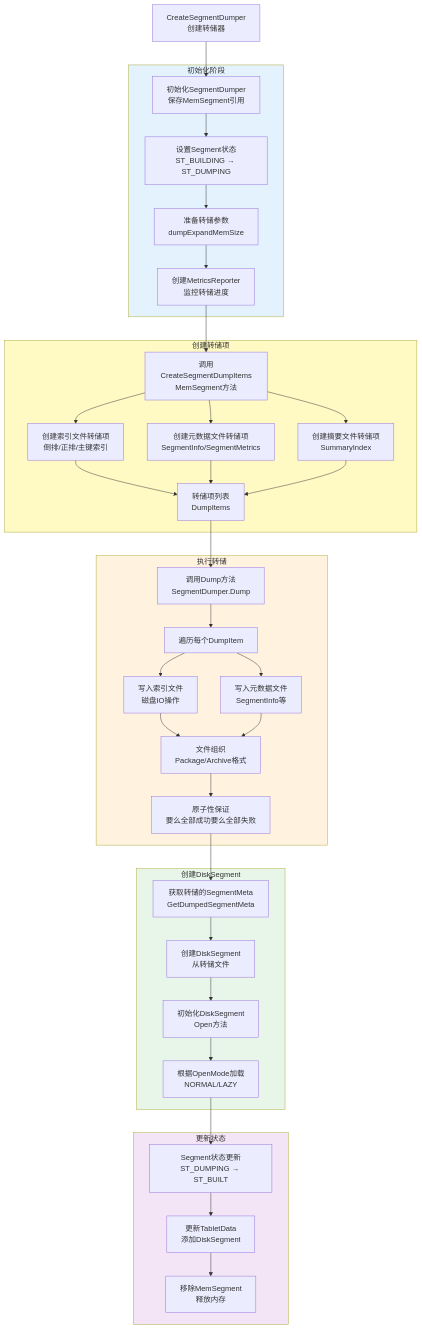
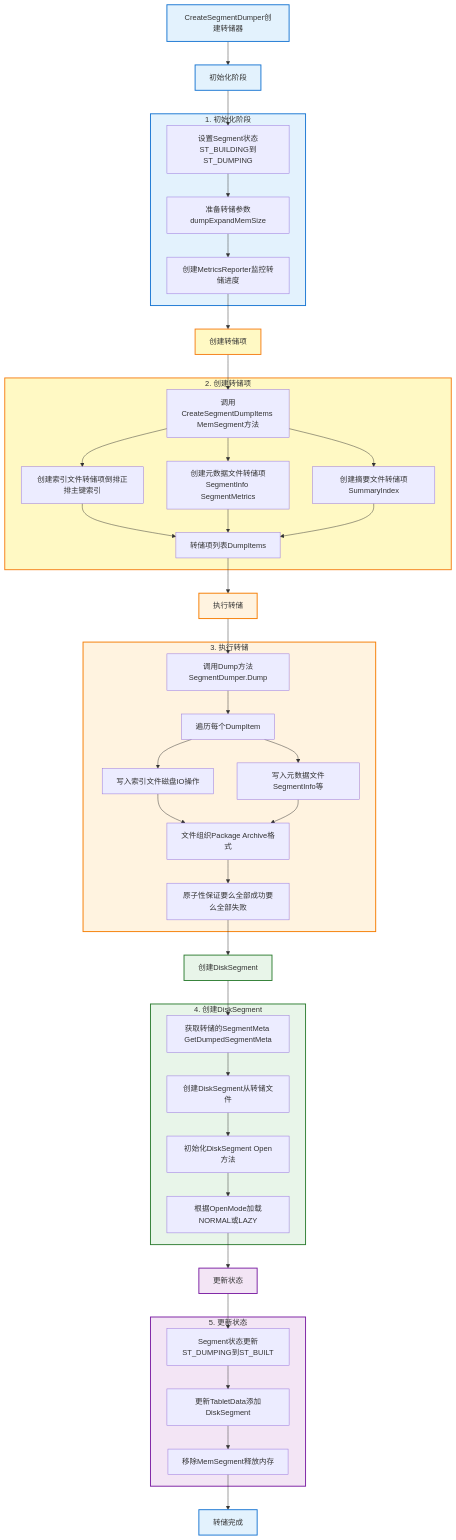
Before and after one commit to zhouzhilong-commits/zhouzhilong-commits.github.io: diagram 12 of 28 in _posts/2025-06-03-indexlib-3-build-flow.md, drawn with Mermaid. The commit also changed other lines of this file and 6 other files, not shown here.

````diff
--- a/_posts/2025-06-03-indexlib-3-build-flow.md
+++ b/_posts/2025-06-03-indexlib-3-build-flow.md
@@ -890,70 +1033,92 @@
 ```mermaid
 flowchart TD
-    A[CreateSegmentDumper<br/>创建转储器] --> B[初始化SegmentDumper<br/>保存MemSegment引用]
+    Start[CreateSegmentDumper创建转储器] --> InitStart[初始化阶段]
     
-    subgraph Init["初始化阶段"]
-        B1[设置Segment状态<br/>ST_BUILDING → ST_DUMPING]
-        B2[准备转储参数<br/>dumpExpandMemSize]
-        B3[创建MetricsReporter<br/>监控转储进度]
-        B --> B1
-        B1 --> B2
-        B2 --> B3
+    InitStart --> B1[设置Segment状态ST_BUILDING到ST_DUMPING]
+    B1 --> B2[准备转储参数dumpExpandMemSize]
+    B2 --> B3[创建MetricsReporter监控转储进度]
+    
+    B3 --> CreateStart[创建转储项]
+    
+    CreateStart --> C1[调用CreateSegmentDumpItems MemSegment方法]
+    C1 --> C2[创建索引文件转储项倒排正排主键索引]
+    C1 --> C3[创建元数据文件转储项SegmentInfo SegmentMetrics]
+    C1 --> C4[创建摘要文件转储项SummaryIndex]
+    C2 --> C5[转储项列表DumpItems]
+    C3 --> C5
+    C4 --> C5
+    
+    C5 --> DumpStart[执行转储]
+    
+    DumpStart --> D1[调用Dump方法SegmentDumper.Dump]
+    D1 --> D2[遍历每个DumpItem]
+    D2 --> D3[写入索引文件磁盘IO操作]
+    D2 --> D4[写入元数据文件SegmentInfo等]
+    D3 --> D5[文件组织Package Archive格式]
+    D4 --> D5
+    D5 --> D6[原子性保证要么全部成功要么全部失败]
+    
+    D6 --> DiskStart[创建DiskSegment]
+    
+    DiskStart --> E1[获取转储的SegmentMeta GetDumpedSegmentMeta]
+    E1 --> E2[创建DiskSegment从转储文件]
+    E2 --> E3[初始化DiskSegment Open方法]
+    E3 --> E4[根据OpenMode加载NORMAL或LAZY]
+    
+    E4 --> UpdateStart[更新状态]
+    
+    UpdateStart --> F1[Segment状态更新ST_DUMPING到ST_BUILT]
+    F1 --> F2[更新TabletData添加DiskSegment]
+    F2 --> F3[移除MemSegment释放内存]
+    
+    F3 --> End[转储完成]
+    
+    subgraph InitGroup["1. 初始化阶段"]
+        B1
+        B2
+        B3
     end
     
-    subgraph CreateItems["创建转储项"]
-        C1[调用CreateSegmentDumpItems<br/>MemSegment方法]
-        C2[创建索引文件转储项<br/>倒排/正排/主键索引]
-        C3[创建元数据文件转储项<br/>SegmentInfo/SegmentMetrics]
-        C4[创建摘要文件转储项<br/>SummaryIndex]
-        C5[转储项列表<br/>DumpItems]
-        B3 --> C1
-        C1 --> C2
-        C1 --> C3
-        C1 --> C4
-        C2 --> C5
-        C3 --> C5
-        C4 --> C5
+    subgraph CreateGroup["2. 创建转储项"]
+        C1
+        C2
+        C3
+        C4
+        C5
     end
     
-    subgraph Dump["执行转储"]
-        D1[调用Dump方法<br/>SegmentDumper.Dump]
-        D2[遍历每个DumpItem]
-        D3[写入索引文件<br/>磁盘IO操作]
-        D4[写入元数据文件<br/>SegmentInfo等]
-        D5[文件组织<br/>Package/Archive格式]
-        D6[原子性保证<br/>要么全部成功要么全部失败]
-        C5 --> D1
-        D1 --> D2
-        D2 --> D3
-        D2 --> D4
-        D3 --> D5
-        D4 --> D5
-        D5 --> D6
+    subgraph DumpGroup["3. 执行转储"]
+        D1
+        D2
+        D3
+        D4
+        D5
+        D6
     end
     
-    subgraph CreateDisk["创建DiskSegment"]
-        E1[获取转储的SegmentMeta<br/>GetDumpedSegmentMeta]
-        E2[创建DiskSegment<br/>从转储文件]
-        E3[初始化DiskSegment<br/>Open方法]
-        E4[根据OpenMode加载<br/>NORMAL/LAZY]
-        D6 --> E1
-        E1 --> E2
-        E2 --> E3
-        E3 --> E4
+    subgraph DiskGroup["4. 创建DiskSegment"]
+        E1
+        E2
+        E3
+        E4
     end
     
-    subgraph Update["更新状态"]
-        F1[Segment状态更新<br/>ST_DUMPING → ST_BUILT]
-        F2[更新TabletData<br/>添加DiskSegment]
-        F3[移除MemSegment<br/>释放内存]
-        E4 --> F1
-        F1 --> F2
-        F2 --> F3
+    subgraph UpdateGroup["5. 更新状态"]
+        F1
+        F2
+        F3
     end
     
-    style Init fill:#e3f2fd
-    style CreateItems fill:#fff9c4
-    style Dump fill:#fff3e0
-    style CreateDisk fill:#e8f5e9
-    style Update fill:#f3e5f5
+    style Start fill:#e3f2fd,stroke:#1976d2,stroke-width:2px
+    style InitStart fill:#e3f2fd,stroke:#1976d2,stroke-width:2px
+    style InitGroup fill:#e3f2fd,stroke:#1976d2,stroke-width:2px
+    style CreateStart fill:#fff9c4,stroke:#f57f17,stroke-width:2px
+    style CreateGroup fill:#fff9c4,stroke:#f57f17,stroke-width:2px
+    style DumpStart fill:#fff3e0,stroke:#f57c00,stroke-width:2px
+    style DumpGroup fill:#fff3e0,stroke:#f57c00,stroke-width:2px
+    style DiskStart fill:#e8f5e9,stroke:#2e7d32,stroke-width:2px
+    style DiskGroup fill:#e8f5e9,stroke:#2e7d32,stroke-width:2px
+    style UpdateStart fill:#f3e5f5,stroke:#7b1fa2,stroke-width:2px
+    style UpdateGroup fill:#f3e5f5,stroke:#7b1fa2,stroke-width:2px
+    style End fill:#e3f2fd,stroke:#1976d2,stroke-width:2px
 ```
````
